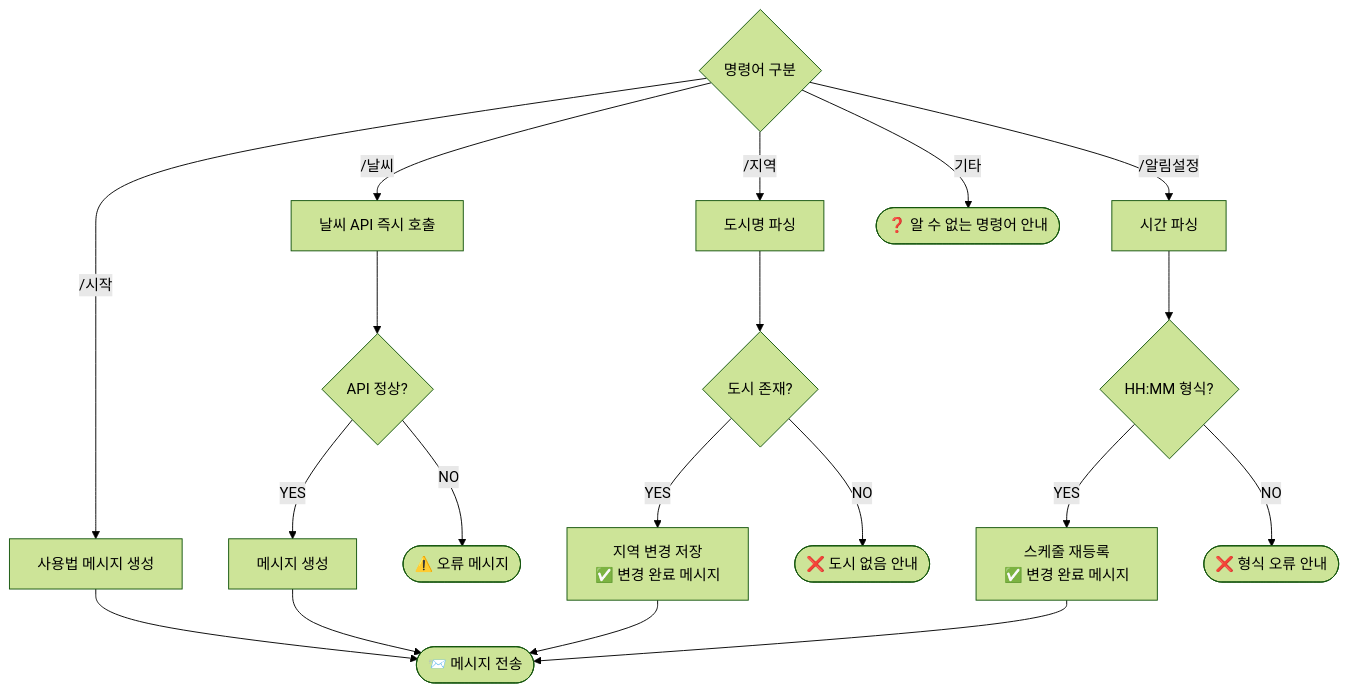
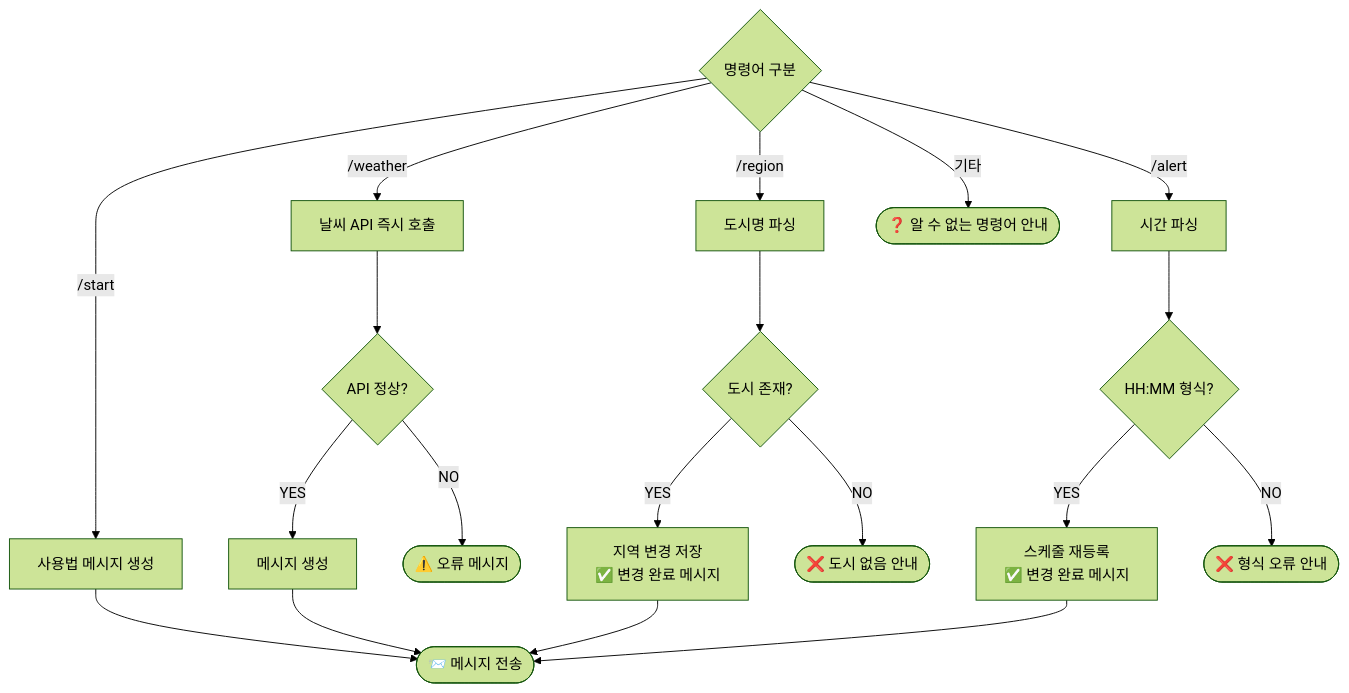
One commit to wnsgh11223-boop/water-quality-monitor changed the second of 4 diagrams in 날씨알림봇/docs/플로우차트.md. Above: the diagram before and after it, drawn with Mermaid (forest theme). The commit also changed other lines of this file and 2 other files, not shown here.

````diff
--- a/날씨알림봇/docs/플로우차트.md
+++ b/날씨알림봇/docs/플로우차트.md
@@ -47,25 +43,25 @@
 ```mermaid
 flowchart TD
-    P{명령어 구분} -- /시작 --> Q[사용법 메시지 생성]
-    P -- /날씨 --> R[날씨 API 즉시 호출]
-    P -- /지역 --> S[도시명 파싱]
-    P -- /알림설정 --> T[시간 파싱]
+    P{명령어 구분} -- /start --> Q[사용법 메시지 생성]
+    P -- /weather --> R[날씨 API 즉시 호출]
+    P -- /region --> S[도시명 파싱]
+    P -- /alert --> T[시간 파싱]
     P -- 기타 --> U([❓ 알 수 없는 명령어 안내])
 
     Q --> Z([📨 메시지 전송])
 
     R --> R1{API 정상?}
     R1 -- YES --> R2[메시지 생성]
     R1 -- NO --> R3([⚠️ 오류 메시지])
     R2 --> Z
 
     S --> S1{도시 존재?}
     S1 -- YES --> S2[지역 변경 저장\n✅ 변경 완료 메시지]
     S1 -- NO --> S3([❌ 도시 없음 안내])
     S2 --> Z
 
     T --> T1{HH:MM 형식?}
     T1 -- YES --> T2[스케줄 재등록\n✅ 변경 완료 메시지]
     T1 -- NO --> T3([❌ 형식 오류 안내])
     T2 --> Z
 ```
````
